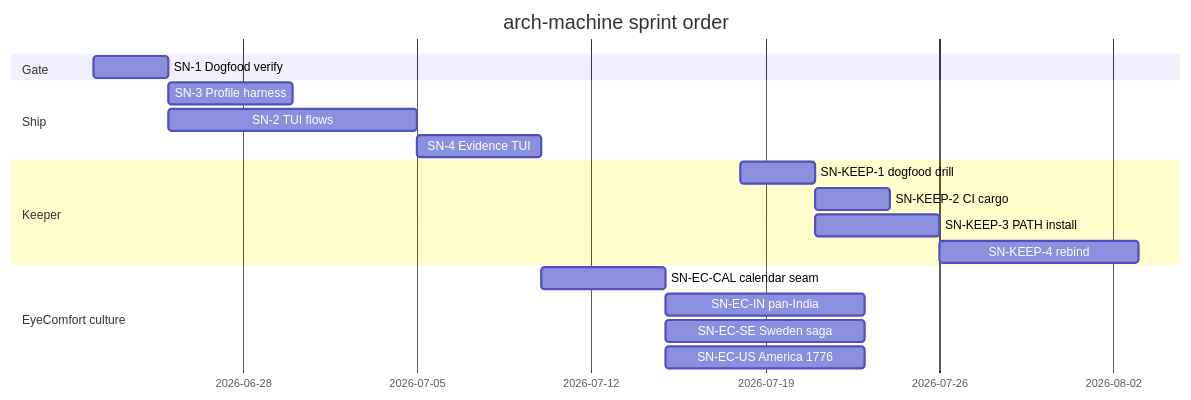
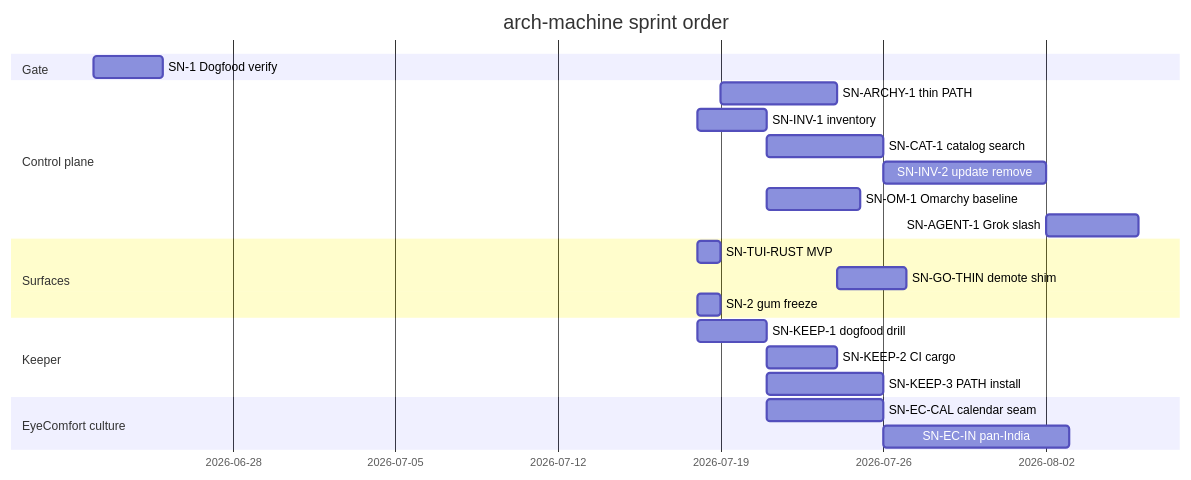
Before and after one commit to p10ns11y/arch-machine: the ninth of 9 diagrams in arch-design/coming-next.md, drawn with Mermaid. The commit also changed other lines of this file and 41 other files, not shown here.

First line of the commit message:
feat(archy): Ratatui control plane — Eagle/TEA, threat audit, Grok preload (#29)

````diff
--- a/arch-design/coming-next.md
+++ b/arch-design/coming-next.md
@@ -263,21 +418,25 @@
 ```mermaid
 gantt
   title arch-machine sprint order
   dateFormat YYYY-MM-DD
   section Gate
   SN-1 Dogfood verify     :sn1, 2026-06-22, 3d
-  section Ship
-  SN-3 Profile harness    :sn3, after sn1, 5d
-  SN-2 TUI flows          :sn2, after sn1, 10d
-  SN-4 Evidence TUI       :sn4, after sn2, 5d
+  section Control plane
+  SN-ARCHY-1 thin PATH    :a1, 2026-07-19, 5d
+  SN-INV-1 inventory      :inv1, 2026-07-18, 3d
+  SN-CAT-1 catalog search :cat1, after inv1, 5d
+  SN-INV-2 update remove  :inv2, after cat1, 7d
+  SN-OM-1 Omarchy baseline:om1, after inv1, 4d
+  SN-AGENT-1 Grok slash   :ag1, after inv2, 4d
+  section Surfaces
+  SN-TUI-RUST MVP         :rust, 2026-07-18, 1d
+  SN-GO-THIN demote shim  :go, after a1, 3d
+  SN-2 gum freeze         :sn2, 2026-07-18, 1d
   section Keeper
   SN-KEEP-1 dogfood drill :k1, 2026-07-18, 3d
   SN-KEEP-2 CI cargo      :k2, after k1, 3d
   SN-KEEP-3 PATH install  :k3, after k1, 5d
-  SN-KEEP-4 rebind        :k4, after k3, 8d
   section EyeComfort culture
-  SN-EC-CAL calendar seam :eccal, after sn4, 5d
+  SN-EC-CAL calendar seam :eccal, after inv1, 5d
   SN-EC-IN pan-India      :ecin, after eccal, 8d
-  SN-EC-SE Sweden saga    :ecse, after eccal, 8d
-  SN-EC-US America 1776   :ecus, after eccal, 8d
 ```
````
